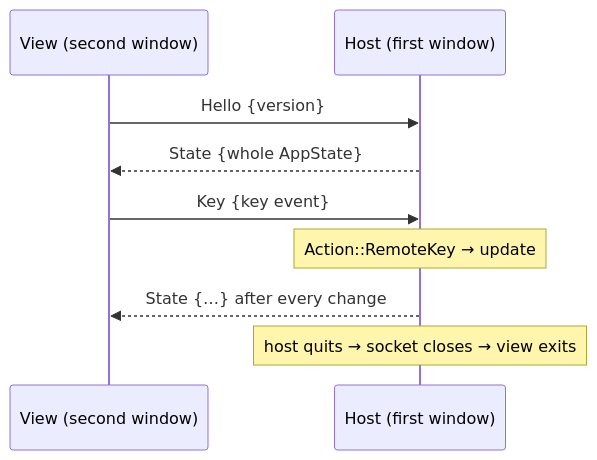
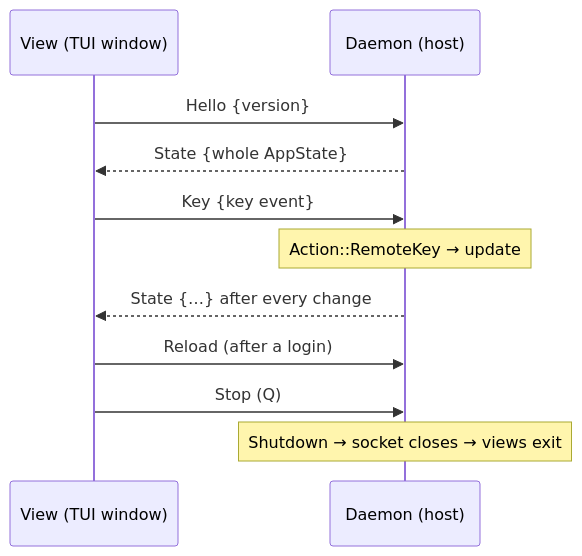
One commit to dynamotn/brainfm-tui changed the second of 2 diagrams in docs/architecture.md. Above: the diagram before and after it, drawn with Mermaid. The commit also changed other lines of this file and 2 other files, not shown here.

````diff
--- a/docs/architecture.md
+++ b/docs/architecture.md
@@ -115,11 +120,13 @@
 ```mermaid
 sequenceDiagram
-    participant V as View (second window)
-    participant H as Host (first window)
-    V->>H: Hello {version}
-    H-->>V: State {whole AppState}
-    V->>H: Key {key event}
-    Note over H: Action::RemoteKey → update
-    H-->>V: State {…} after every change
-    Note over H: host quits → socket closes → view exits
+    participant V as View (TUI window)
+    participant D as Daemon (host)
+    V->>D: Hello {version}
+    D-->>V: State {whole AppState}
+    V->>D: Key {key event}
+    Note over D: Action::RemoteKey → update
+    D-->>V: State {…} after every change
+    V->>D: Reload (after a login)
+    V->>D: Stop (Q)
+    Note over D: Shutdown → socket closes → views exit
 ```
````
